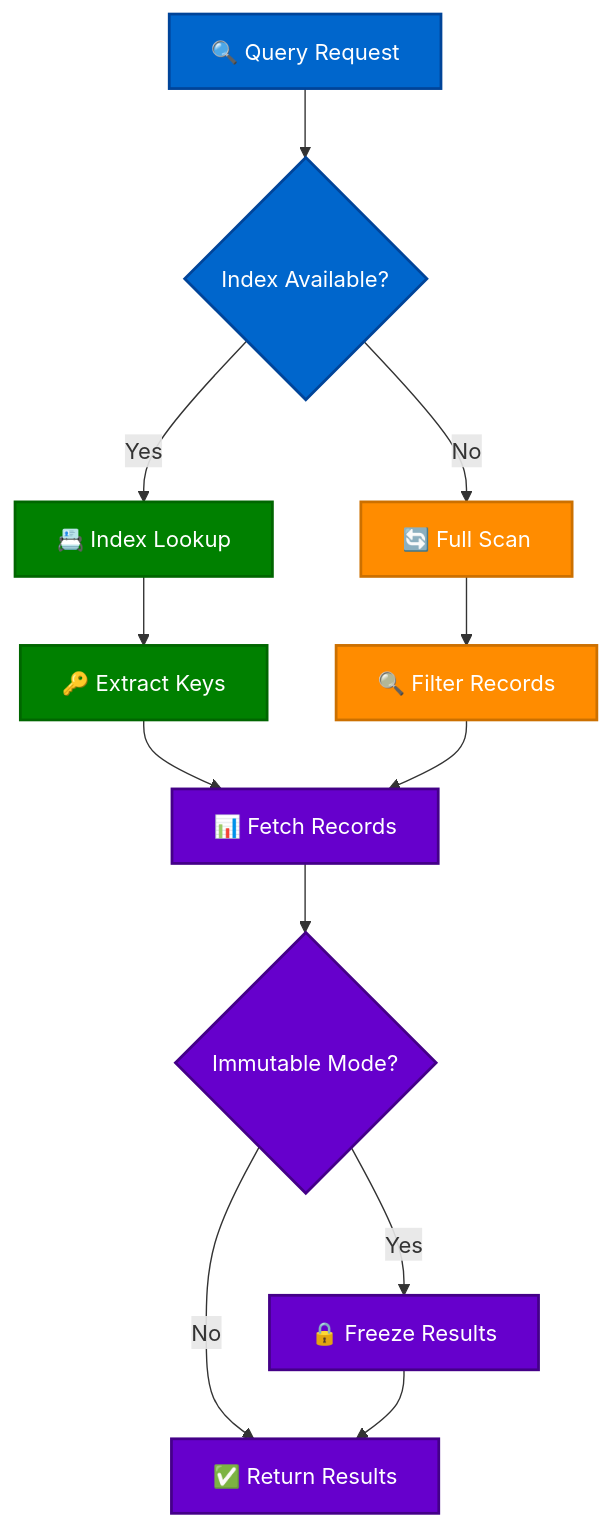
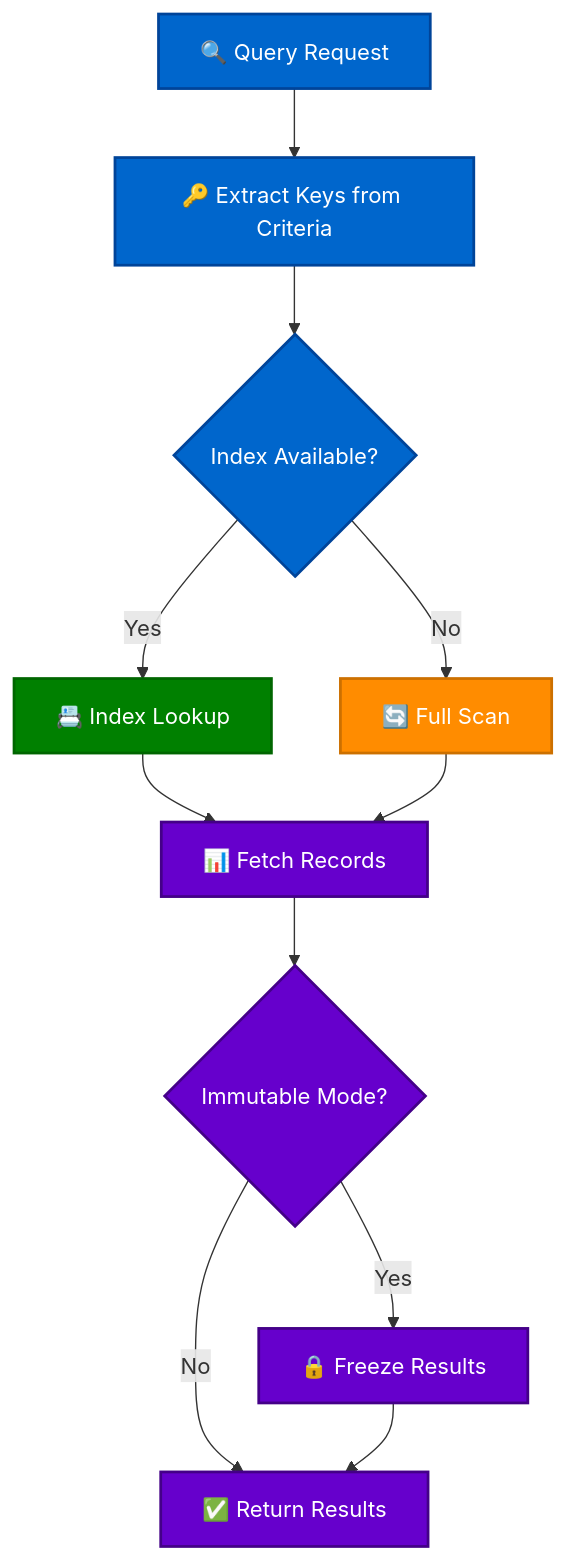
One commit to avoidwork/haro changed the third of 9 diagrams in docs/TECHNICAL_DOCUMENTATION.md. Above: the diagram before and after it, drawn with Mermaid.

Commit message:
docs: fix Mermaid chart accuracy for query flow

````diff
--- a/docs/TECHNICAL_DOCUMENTATION.md
+++ b/docs/TECHNICAL_DOCUMENTATION.md
@@ -124,30 +124,29 @@
 ```mermaid
 flowchart TD
-    A["🔍 Query Request"] --> B{"Index Available?"}
+    A["🔍 Query Request"] --> B["🔑 Extract Keys from Criteria"]
     
-    B -->|Yes| C["📇 Index Lookup"]
-    B -->|No| D["🔄 Full Scan"]
+    B --> C{"Index Available?"}
     
-    C --> E["🔑 Extract Keys"]
-    D --> F["🔍 Filter Records"]
+    C -->|Yes| D["📇 Index Lookup"]
+    C -->|No| E["🔄 Full Scan"]
     
-    E --> G["📊 Fetch Records"]
-    F --> G
+    D --> F["📊 Fetch Records"]
+    E --> F
     
-    G --> H{"Immutable Mode?"}
+    F --> G{"Immutable Mode?"}
     
-    H -->|Yes| I["🔒 Freeze Results"]
-    H -->|No| J["✅ Return Results"]
+    G -->|Yes| H["🔒 Freeze Results"]
+    G -->|No| I["✅ Return Results"]
     
-    I --> J
+    H --> I
     
     classDef query fill:#0066CC,stroke:#004499,stroke-width:2px,color:#fff
     classDef index fill:#008000,stroke:#006600,stroke-width:2px,color:#fff
     classDef scan fill:#FF8C00,stroke:#CC7000,stroke-width:2px,color:#fff
     classDef result fill:#6600CC,stroke:#440088,stroke-width:2px,color:#fff
     
-    class A,B query
-    class C,E index
-    class D,F scan
-    class G,H,I,J result
+    class A,B,C query
+    class D index
+    class E scan
+    class F,G,H,I result
 ```
````
